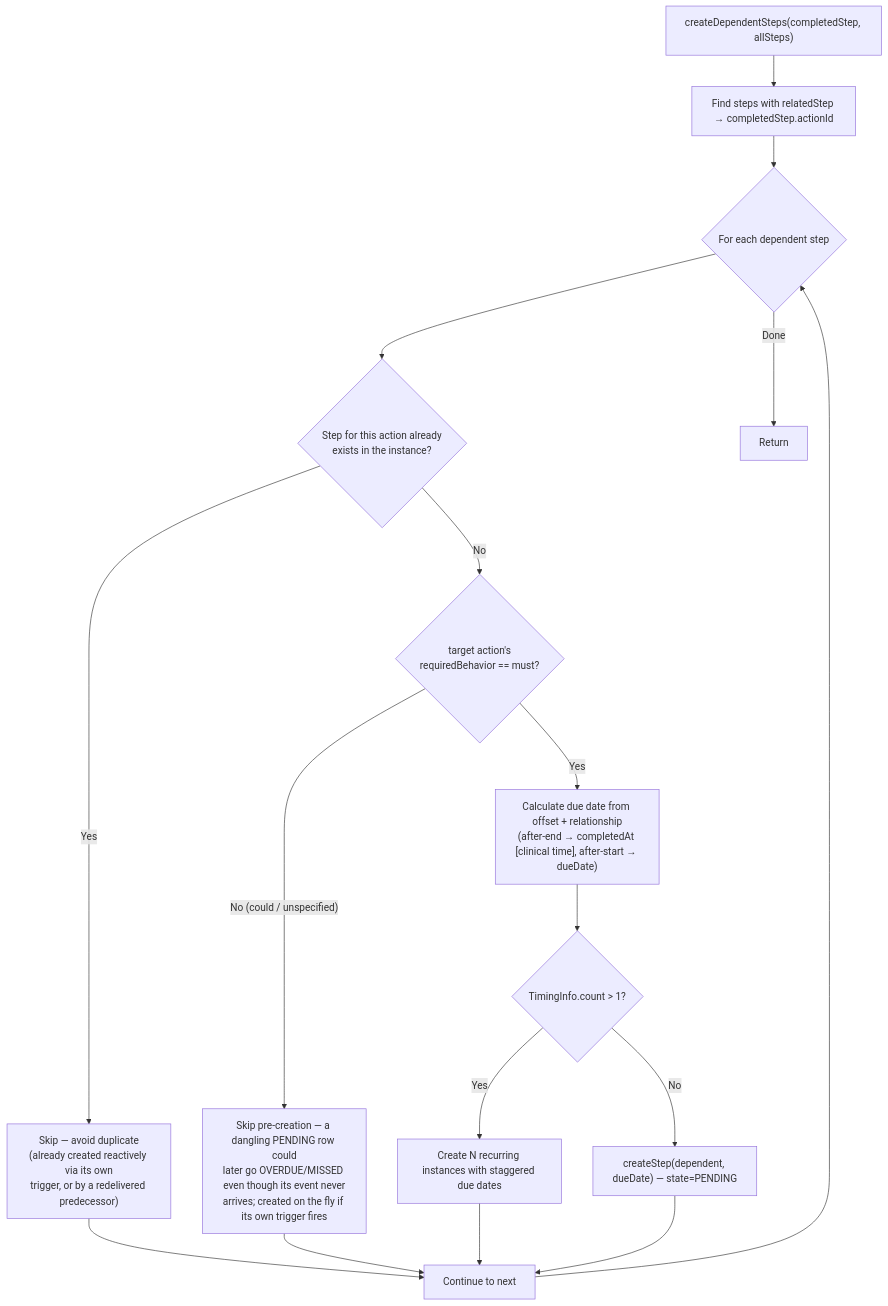
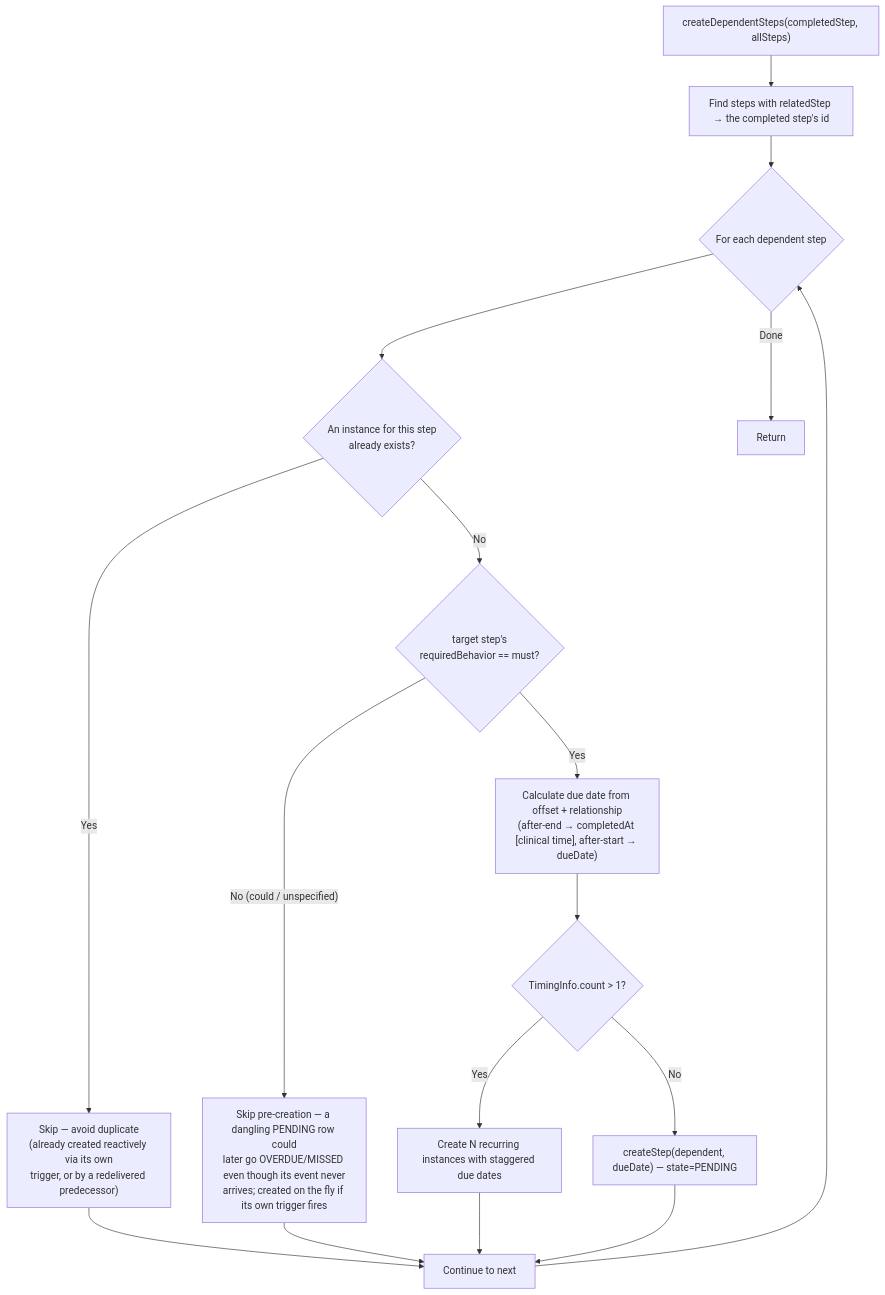
Before and after one commit to Jayaprakash8887/cce-compliance-service: diagram 11 of 13 in docs/flow-diagrams.md, drawn with Mermaid. The commit also changed other lines of this file and 6 other files, not shown here.

Commit message:
Addressing step instances for  unrecorded mandatory predecessor steps

````diff
--- a/docs/flow-diagrams.md
+++ b/docs/flow-diagrams.md
@@ -538,21 +539,21 @@
 ```mermaid
 flowchart TD
-    START["createDependentSteps(completedStep, allSteps)"] --> FIND["Find steps with relatedStep → completedStep.actionId"]
+    START["createDependentSteps(completedStep, allSteps)"] --> FIND["Find steps with relatedStep → the completed step's id"]
     FIND --> LOOP{"For each dependent step"}
-    LOOP --> DEDUP{"Step for this action already<br/>exists in the instance?"}
+    LOOP --> DEDUP{"An instance for this step<br/>already exists?"}
     DEDUP -->|"Yes"| SKIP["Skip — avoid duplicate<br/>(already created reactively via its own<br/>trigger, or by a redelivered predecessor)"]
-    DEDUP -->|"No"| MUST{"target action's<br/>requiredBehavior == must?"}
+    DEDUP -->|"No"| MUST{"target step's<br/>requiredBehavior == must?"}
     MUST -->|"No (could / unspecified)"| SKIP2["Skip pre-creation — a dangling PENDING row could<br/>later go OVERDUE/MISSED even though its event never<br/>arrives; created on the fly if its own trigger fires"]
     MUST -->|"Yes"| CALC["Calculate due date from offset + relationship<br/>(after-end → completedAt [clinical time], after-start → dueDate)"]
     CALC --> RECURRING{"TimingInfo.count > 1?"}
 
     RECURRING -->|"Yes"| MULTI["Create N recurring instances with staggered due dates"]
     RECURRING -->|"No"| SINGLE["createStep(dependent, dueDate) — state=PENDING"]
 
     MULTI --> NEXT["Continue to next"]
     SINGLE --> NEXT
     SKIP --> NEXT
     SKIP2 --> NEXT
     NEXT --> LOOP
     LOOP -->|"Done"| END["Return"]
 ```
````
